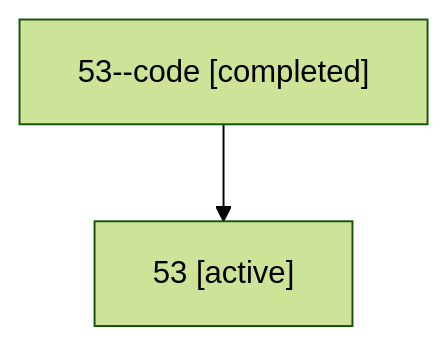
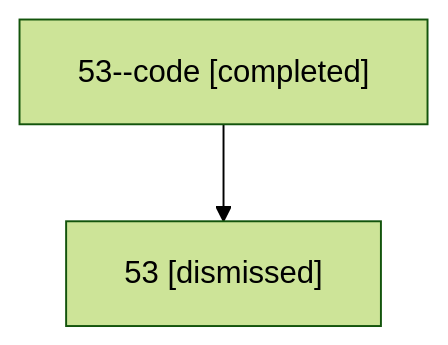
One commit to sase-org/sase--agents changed the diagram in sessions/bbugyi200.athena.53.md. Above: the diagram before and after it, drawn with Mermaid (forest theme). The commit also changed other lines of this file and 21 other files, not shown here.

````diff
--- a/sessions/bbugyi200.athena.53.md
+++ b/sessions/bbugyi200.athena.53.md
@@ -9,6 +9,6 @@
 ```mermaid
 flowchart TD
   n0["53--code [completed]"]
-  n1["53 [active]"]
+  n1["53 [dismissed]"]
   n0 --> n1
 ```
````
